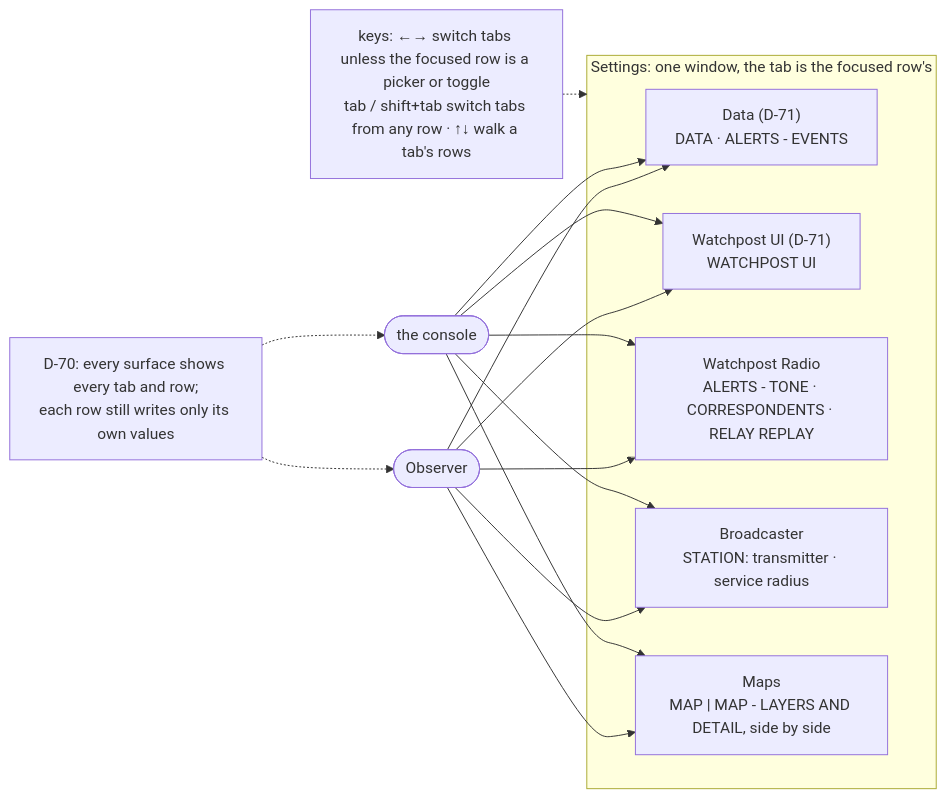
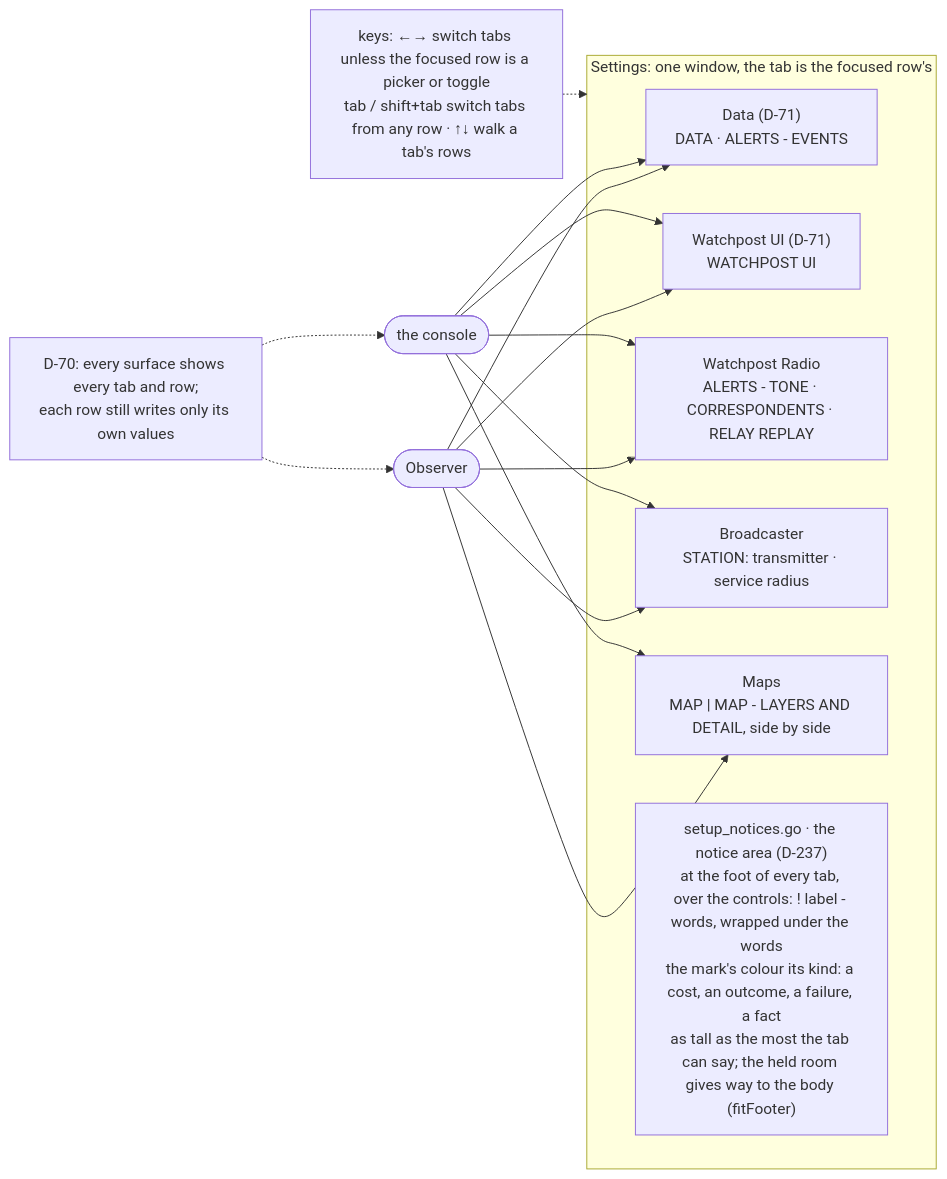
Before and after one commit to branden-thompson/watchpost: the sixth of 6 diagrams in 06_docs/02_features/observer-maps/03-architecture-design/as-built-map.md, drawn with Mermaid. The commit also changed other lines of this file and 23 other files, not shown here.

First line of the commit message:
Batch 132: Settings' notices at the bottom of every tab (D-237)

````diff
--- a/06_docs/02_features/observer-maps/03-architecture-design/as-built-map.md
+++ b/06_docs/02_features/observer-maps/03-architecture-design/as-built-map.md
@@ -167,14 +167,15 @@
 ```mermaid
 flowchart LR
   subgraph S["Settings: one window, the tab is the focused row's"]
     DA["Data (D-71)\nDATA · ALERTS - EVENTS"]
     UI["Watchpost UI (D-71)\nWATCHPOST UI"]
     R["Watchpost Radio\nALERTS - TONE · CORRESPONDENTS · RELAY REPLAY"]
     B["Broadcaster\nSTATION: transmitter · service radius"]
     M["Maps\nMAP | MAP - LAYERS AND DETAIL, side by side"]
+    NA["setup_notices.go · the notice area (D-237)\nat the foot of every tab, over the controls: ! label - words, wrapped under the words\nthe mark's colour its kind: a cost, an outcome, a failure, a fact\nas tall as the most the tab can say; the held room gives way to the body (fitFooter)"]
   end
   O(["Observer"]) --> DA & UI & R & B & M
   C(["the console"]) --> DA & UI & R & B & M
   N["D-70: every surface shows every tab and row;\neach row still writes only its own values"] -.-> O & C
   K["keys: ←→ switch tabs unless the focused row is a picker or toggle\ntab / shift+tab switch tabs from any row · ↑↓ walk a tab's rows"] -.-> S
 ```
````
